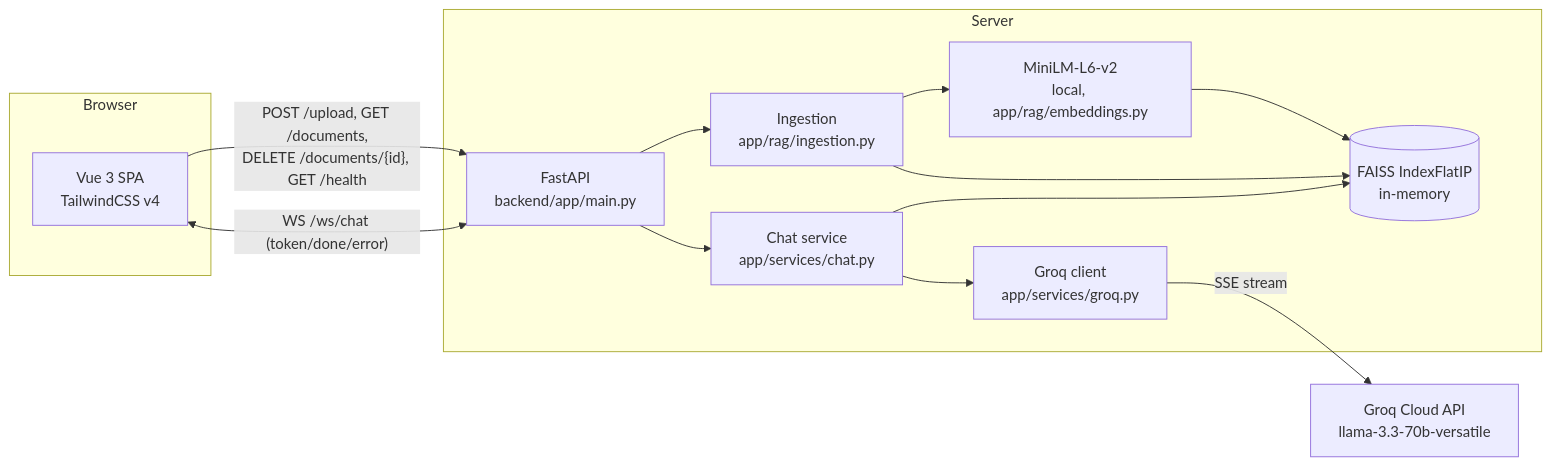
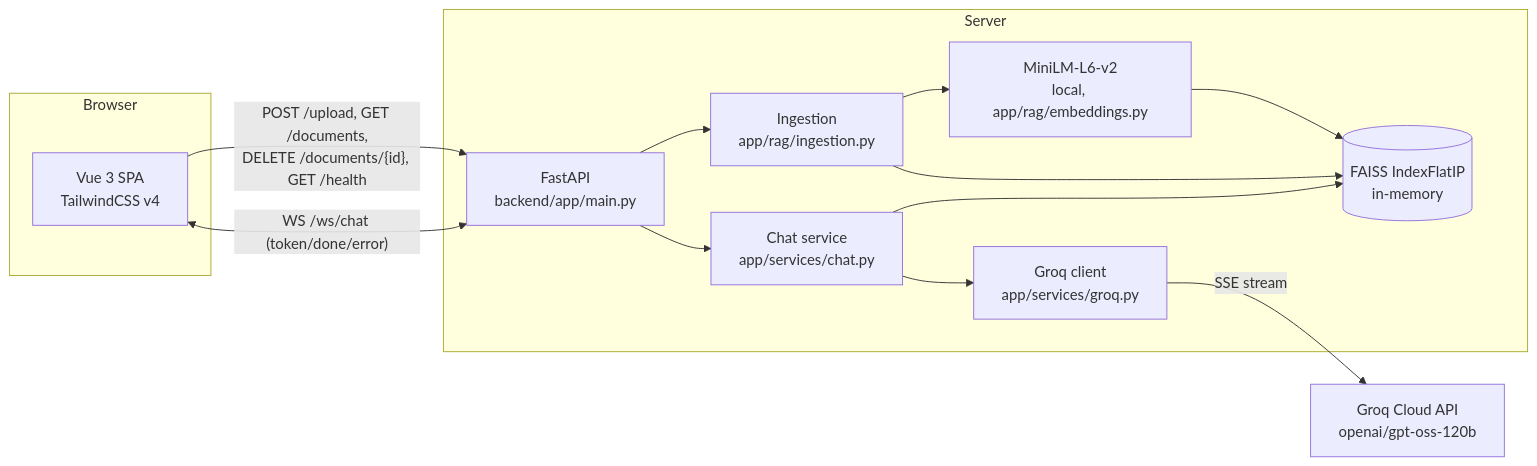
The first of 4 diagrams in docs/ARCHITECTURE.md (Kgramming/devassist-chatbot), drawn with Mermaid before and after one commit. The commit also changed other lines of this file and 20 other files, not shown here.

````diff
--- a/docs/ARCHITECTURE.md
+++ b/docs/ARCHITECTURE.md
@@ -15,26 +15,26 @@
 ```mermaid
 flowchart LR
     subgraph Browser
         FE[Vue 3 SPA<br/>TailwindCSS v4]
     end
     subgraph Server
         API[FastAPI<br/>backend/app/main.py]
         ING[Ingestion<br/>app/rag/ingestion.py]
         VS[(FAISS IndexFlatIP<br/>in-memory)]
         EMB[MiniLM-L6-v2<br/>local, app/rag/embeddings.py]
         CHAT[Chat service<br/>app/services/chat.py]
         GROQ[Groq client<br/>app/services/groq.py]
     end
-    LLM[Groq Cloud API<br/>llama-3.3-70b-versatile]
+    LLM[Groq Cloud API<br/>openai/gpt-oss-120b]
 
     FE -- "POST /upload, GET /documents,<br/>DELETE /documents/{id}, GET /health" --> API
     FE <-- "WS /ws/chat (token/done/error)" --> API
     API --> ING
     ING --> EMB
     EMB --> VS
     ING --> VS
     API --> CHAT
     CHAT --> VS
     CHAT --> GROQ
     GROQ -- "SSE stream" --> LLM
 ```
````
